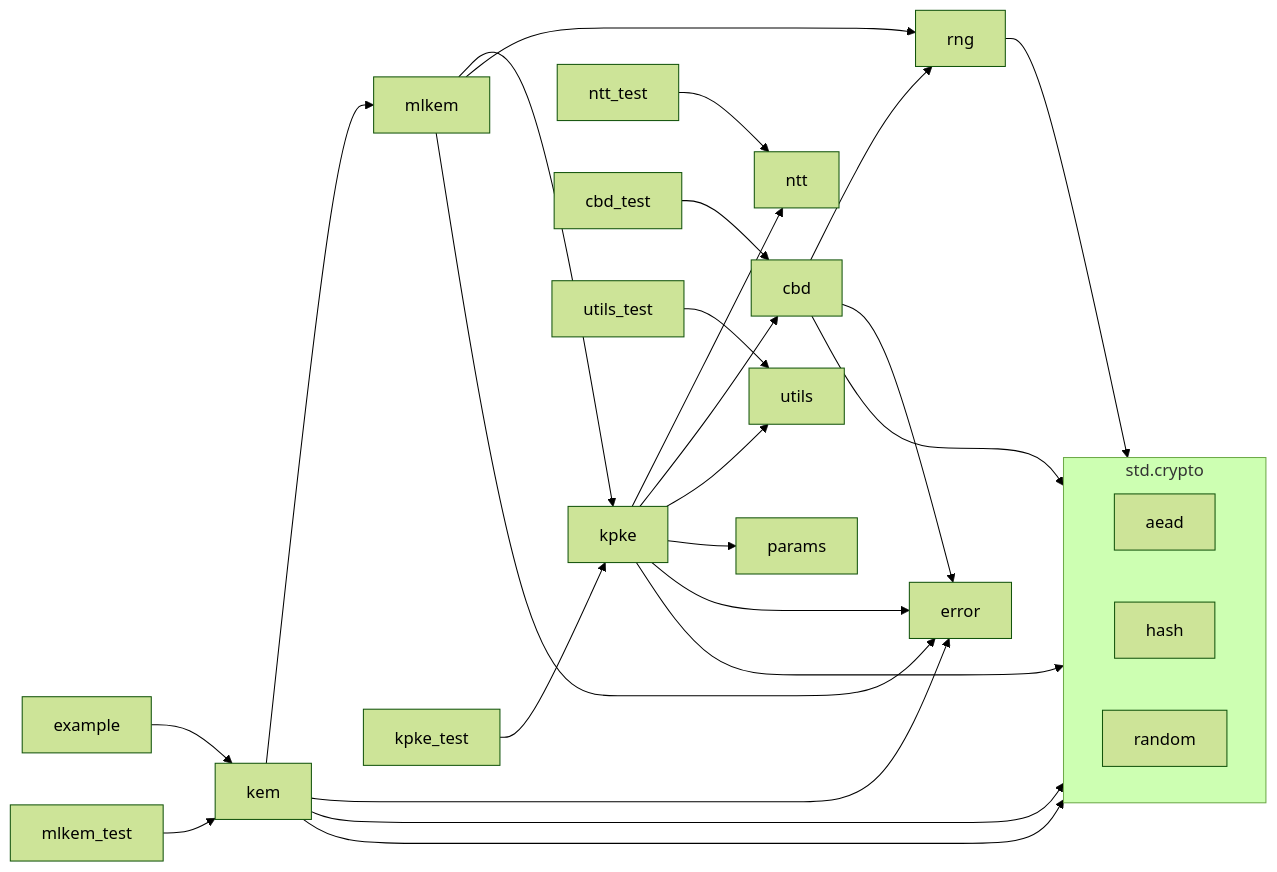
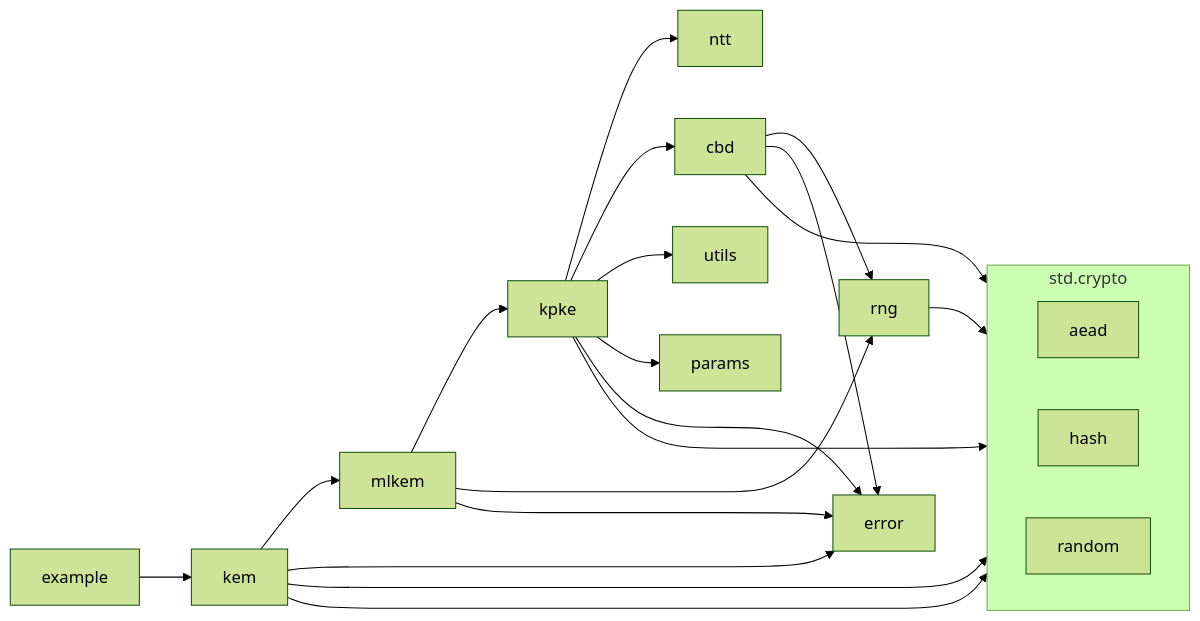
Before and after one commit to nshkrdotcom/zips: the diagram in README.md, drawn with Mermaid (forest theme). The commit also changed other lines of this file and 7 other files, not shown here.

````diff
--- a/README.md
+++ b/README.md
@@ -76,33 +76,27 @@
 ```mermaid
 graph LR
     kem --> mlkem
     mlkem --> kpke
     kpke --> ntt
     kpke --> cbd
     kpke --> utils
     kpke --> params
     cbd --> rng
     mlkem --> rng
     example --> kem
-    mlkem_test --> kem
-    kpke_test --> kpke
-    ntt_test --> ntt
-    cbd_test --> cbd
-    utils_test --> utils
     subgraph "std.crypto"
         direction LR
         aead
         hash
         random
     end
     kem --> aead
     kem --> random
     kpke --> hash
     cbd --> random
     rng --> random
-
     kem --> error
     mlkem --> error
     kpke --> error
     cbd --> error
 ```
````
